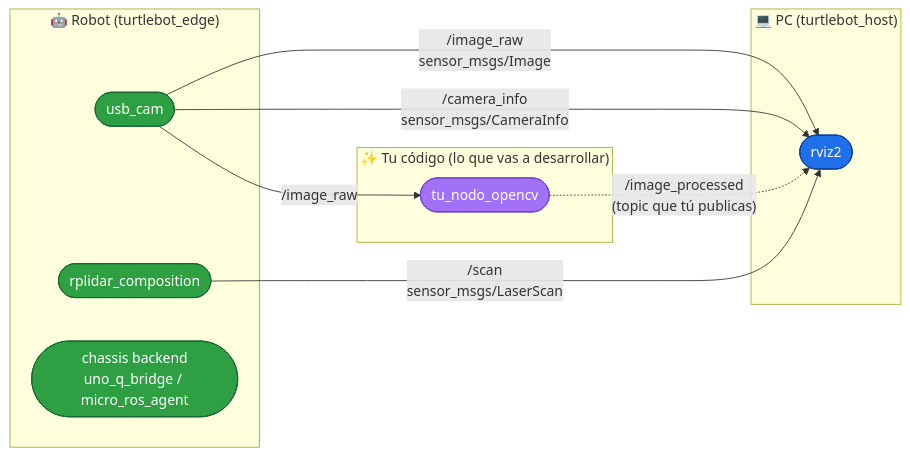
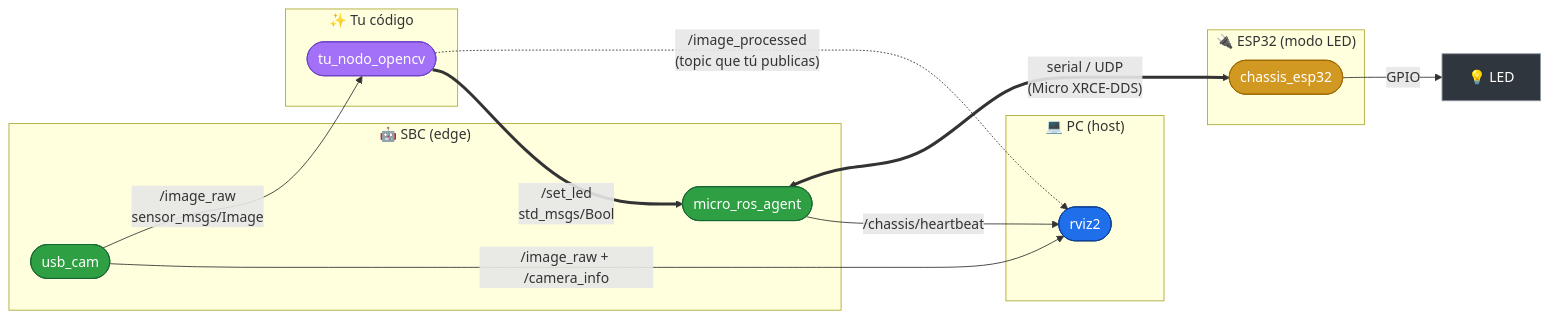
Before and after one commit to 023000237/ros2_jazzy_ws_Jean: the second of 8 diagrams in docs/runbook-arquitectura.md, drawn with Mermaid. The commit also changed other lines of this file and 41 other files, not shown here.

Commit message:
new architecture

````diff
--- a/docs/runbook-arquitectura.md
+++ b/docs/runbook-arquitectura.md
@@ -86,30 +113,38 @@
 ```mermaid
 graph LR
-    subgraph ROBOT["🤖 Robot (turtlebot_edge)"]
+    subgraph ROBOT["🤖 SBC (edge)"]
         USBCAM(["usb_cam"])
-        LIDAR(["rplidar_composition"])
-        CHASSIS(["chassis backend<br/>uno_q_bridge / micro_ros_agent"])
+        AGENT(["micro_ros_agent"])
     end
 
-    subgraph PC["💻 PC (turtlebot_host)"]
+    subgraph MCU["🔌 ESP32 (modo LED)"]
+        ESP(["chassis_esp32"])
+    end
+
+    subgraph PC["💻 PC (host)"]
         RVIZ(["rviz2"])
     end
 
-    subgraph TU["✨ Tu código (lo que vas a desarrollar)"]
+    subgraph TU["✨ Tu código"]
         CVNODE(["tu_nodo_opencv"])
     end
 
-    USBCAM -->|"/image_raw<br/>sensor_msgs/Image"| RVIZ
-    USBCAM -->|"/camera_info<br/>sensor_msgs/CameraInfo"| RVIZ
-    LIDAR -->|"/scan<br/>sensor_msgs/LaserScan"| RVIZ
-
-    USBCAM -->|"/image_raw"| CVNODE
+    USBCAM -->|"/image_raw<br/>sensor_msgs/Image"| CVNODE
+    USBCAM -->|"/image_raw + /camera_info"| RVIZ
     CVNODE -.->|"/image_processed<br/>(topic que tú publicas)"| RVIZ
+    CVNODE ==>|"/set_led<br/>std_msgs/Bool"| AGENT
+    AGENT <===>|"serial / UDP<br/>(Micro XRCE-DDS)"| ESP
+    ESP -->|GPIO| LEDHW["💡 LED"]
+    AGENT -->|"/chassis/heartbeat"| RVIZ
 
     classDef robot fill:#2ea043,stroke:#166534,color:#fff
     classDef pc fill:#1f6feb,stroke:#0b3d91,color:#fff
     classDef tu fill:#a371f7,stroke:#6e40c9,color:#fff
-    class USBCAM,LIDAR,CHASSIS robot
+    classDef mcu fill:#d29922,stroke:#9e6a03,color:#fff
+    classDef hw fill:#30363d,stroke:#8b949e,color:#fff
+    class USBCAM,AGENT robot
     class RVIZ pc
     class CVNODE tu
+    class ESP mcu
+    class LEDHW hw
 ```
````
